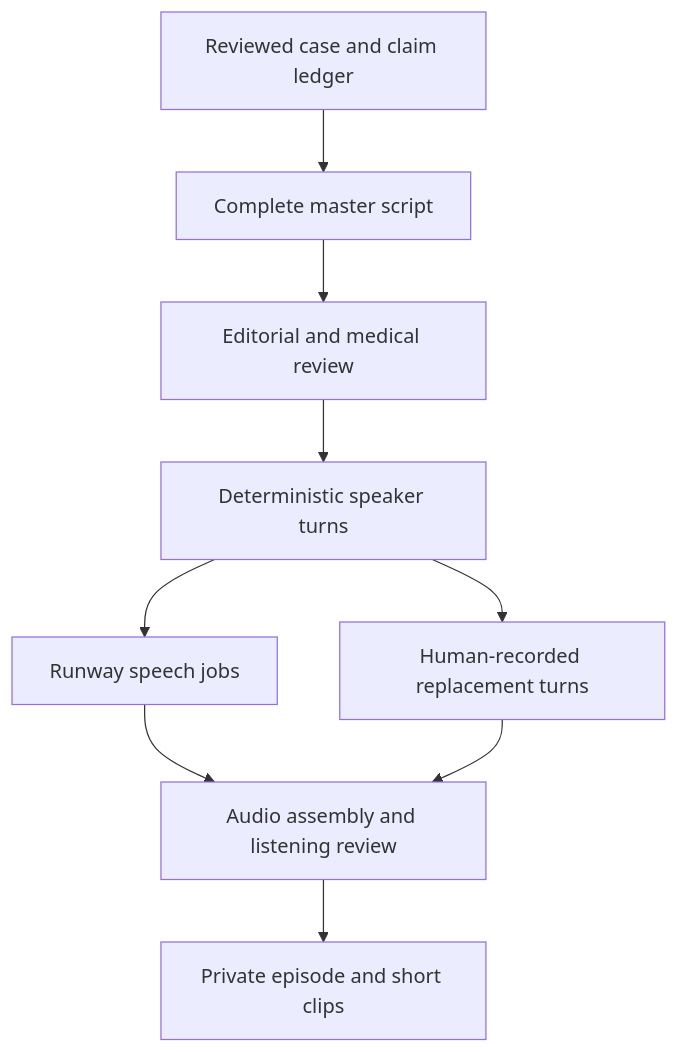
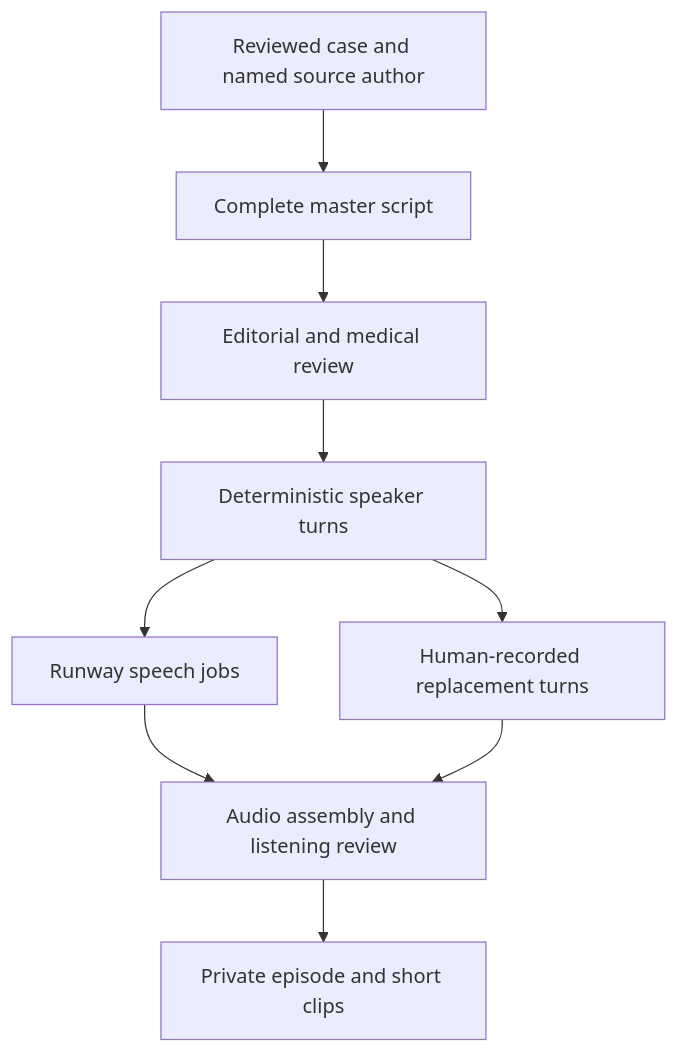
One commit to Puddin1066/media_platform_biotica changed the diagram in PODCAST_SPEC.md. Above: the diagram before and after it, drawn with Mermaid. The commit also changed other lines of this file, not shown here.

````diff
--- a/PODCAST_SPEC.md
+++ b/PODCAST_SPEC.md
@@ -121,11 +172,11 @@
 ```mermaid
 flowchart TB
-    A["Reviewed case and claim ledger"] --> B["Complete master script"]
+    A["Reviewed case and named source author"] --> B["Complete master script"]
     B --> C["Editorial and medical review"]
     C --> D["Deterministic speaker turns"]
     D --> E["Runway speech jobs"]
     D --> F["Human-recorded replacement turns"]
     E --> G["Audio assembly and listening review"]
     F --> G
     G --> H["Private episode and short clips"]
 ```
````
